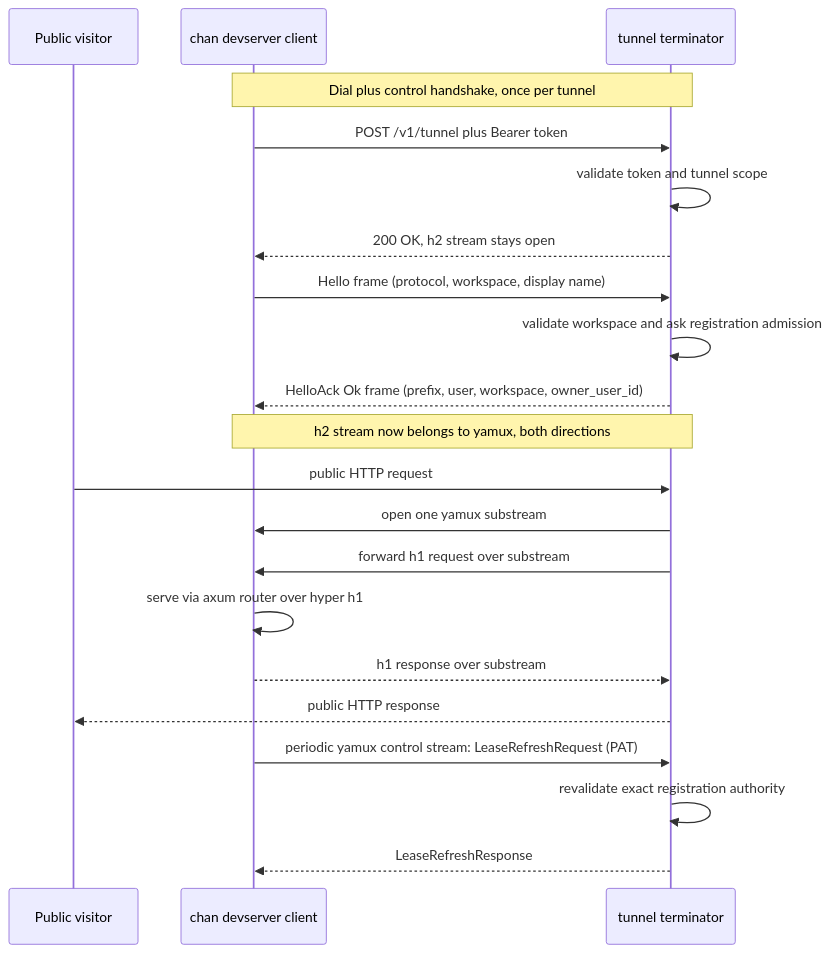
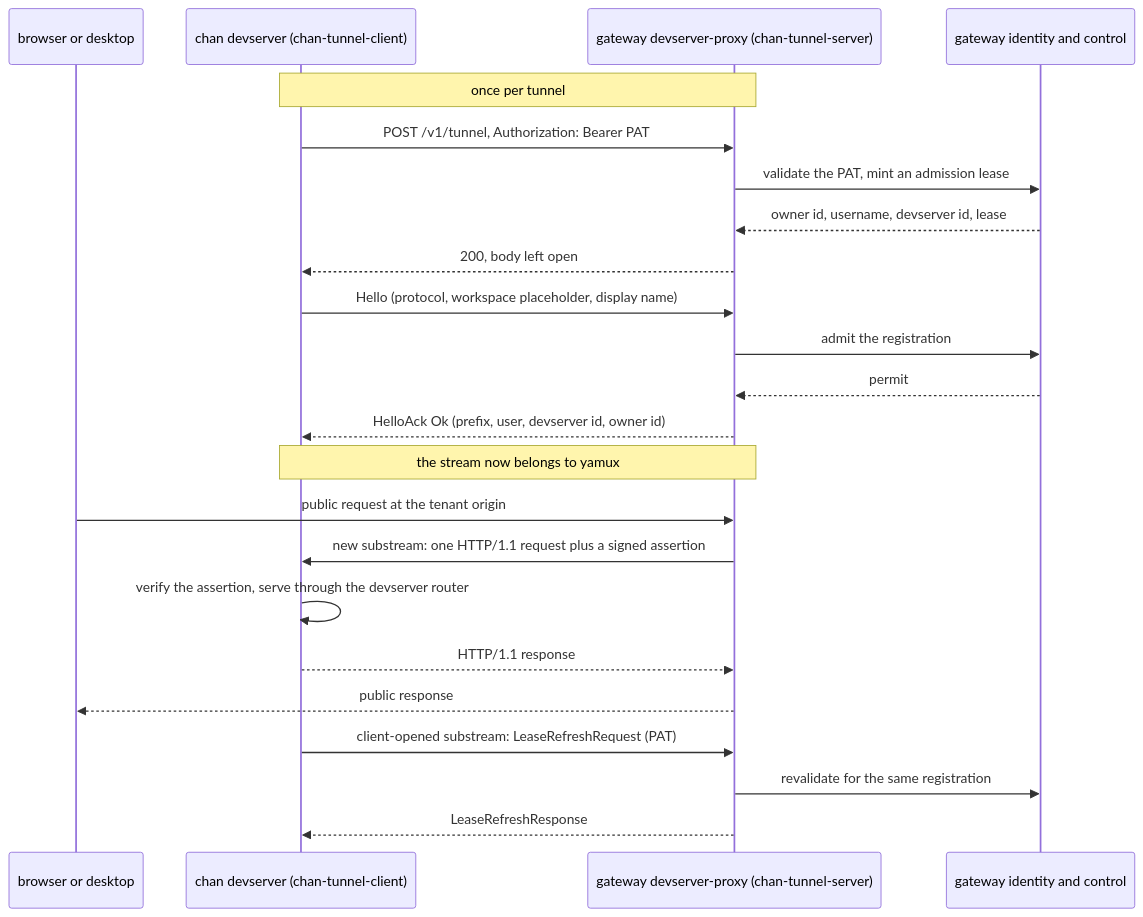
One commit to fiorix/chan changed the second of 2 diagrams in crates/chan-tunnel-proto/design.md. Above: the diagram before and after it, drawn with Mermaid. The commit also changed other lines of this file and 17 other files, not shown here.

First line of the commit message:
docs: rewrite the tunnel, desktop and web designs

````diff
--- a/crates/chan-tunnel-proto/design.md
+++ b/crates/chan-tunnel-proto/design.md
@@ -9,23 +31,25 @@
 ```mermaid
 sequenceDiagram
-    participant V as Public visitor
-    participant C as chan devserver client
-    participant S as tunnel terminator
-    Note over C,S: Dial plus control handshake, once per tunnel
-    C->>S: POST /v1/tunnel plus Bearer token
-    S->>S: validate token and tunnel scope
-    S-->>C: 200 OK, h2 stream stays open
-    C->>S: Hello frame (protocol, workspace, display name)
-    S->>S: validate workspace and ask registration admission
-    S-->>C: HelloAck Ok frame (prefix, user, workspace, owner_user_id)
-    Note over C,S: h2 stream now belongs to yamux, both directions
-    V->>S: public HTTP request
-    S->>C: open one yamux substream
-    S->>C: forward h1 request over substream
-    C->>C: serve via axum router over hyper h1
-    C-->>S: h1 response over substream
-    S-->>V: public HTTP response
-    C->>S: periodic yamux control stream: LeaseRefreshRequest (PAT)
-    S->>S: revalidate exact registration authority
+    participant V as browser or desktop
+    participant C as chan devserver (chan-tunnel-client)
+    participant S as gateway devserver-proxy (chan-tunnel-server)
+    participant I as gateway identity and control
+    Note over C,S: once per tunnel
+    C->>S: POST /v1/tunnel, Authorization: Bearer PAT
+    S->>I: validate the PAT, mint an admission lease
+    I-->>S: owner id, username, devserver id, lease
+    S-->>C: 200, body left open
+    C->>S: Hello (protocol, workspace placeholder, display name)
+    S->>I: admit the registration
+    I-->>S: permit
+    S-->>C: HelloAck Ok (prefix, user, devserver id, owner id)
+    Note over C,S: the stream now belongs to yamux
+    V->>S: public request at the tenant origin
+    S->>C: new substream: one HTTP/1.1 request plus a signed assertion
+    C->>C: verify the assertion, serve through the devserver router
+    C-->>S: HTTP/1.1 response
+    S-->>V: public response
+    C->>S: client-opened substream: LeaseRefreshRequest (PAT)
+    S->>I: revalidate for the same registration
     S-->>C: LeaseRefreshResponse
 ```
````
